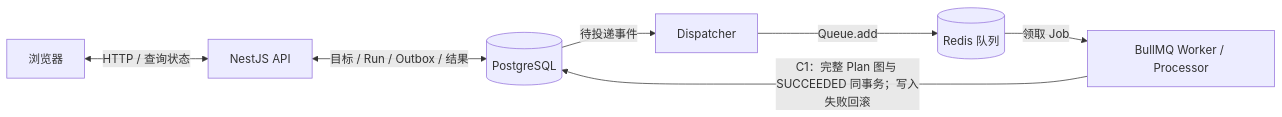
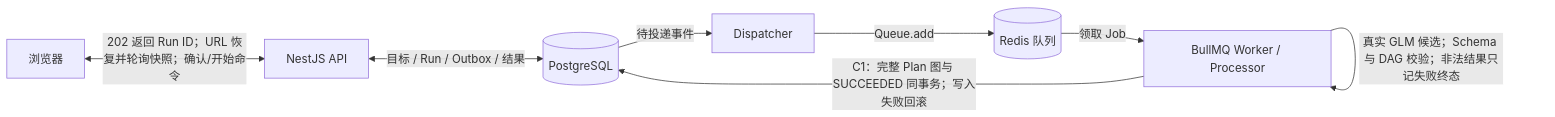
One commit to Gerden31145/KnowledgeOps-Agent changed the diagram in docs/KnowledgeOps-Agent-逐日开发计划.md. Above: the diagram before and after it, drawn with Mermaid. The commit also changed other lines of this file and 9 other files, not shown here.

Commit message:
fix(worker): validate real GLM plan generation flow

````diff
--- a/docs/KnowledgeOps-Agent-逐日开发计划.md
+++ b/docs/KnowledgeOps-Agent-逐日开发计划.md
@@ -134,9 +134,10 @@
 ```mermaid
 flowchart LR
-    Web[浏览器] <-->|HTTP / 查询状态| API[NestJS API]
+    Web[浏览器] <-->|202 返回 Run ID；URL 恢复并轮询快照；确认/开始命令| API[NestJS API]
     API <-->|目标 / Run / Outbox / 结果| DB[(PostgreSQL)]
     DB -->|待投递事件| Dispatcher[Dispatcher]
     Dispatcher -->|Queue.add| Redis[(Redis 队列)]
     Redis -->|领取 Job| Worker[BullMQ Worker / Processor]
+    Worker -->|真实 GLM 候选；Schema 与 DAG 校验；非法结果只记失败终态| Worker
     Worker -->|C1：完整 Plan 图与 SUCCEEDED 同事务；写入失败回滚| DB
 ```
````
